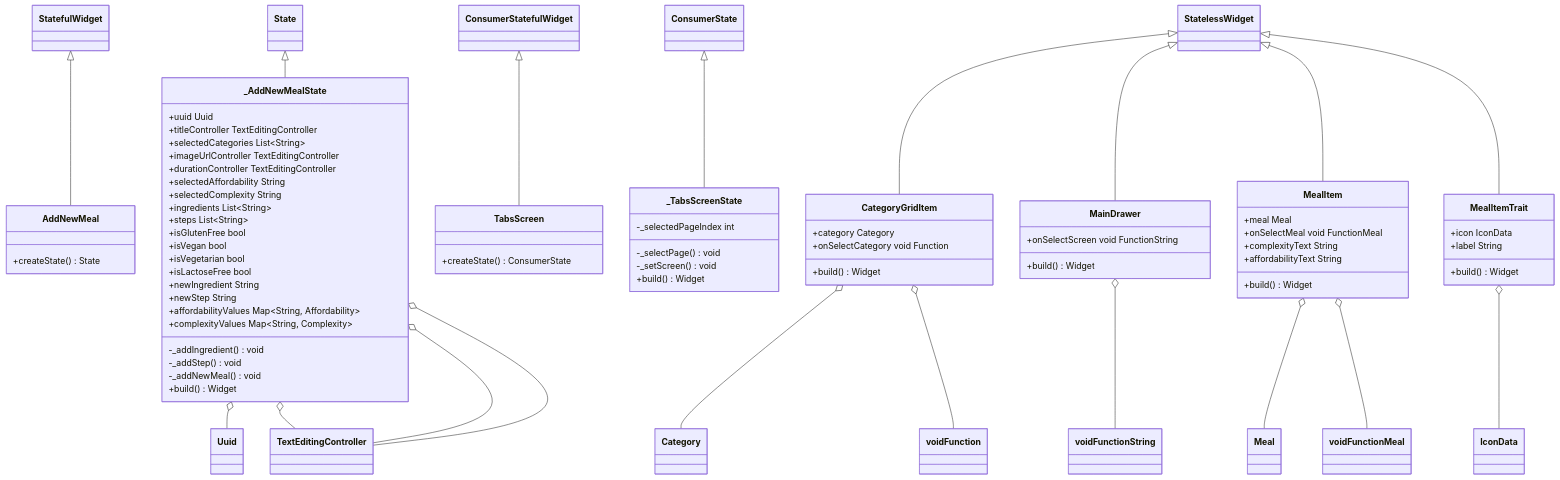
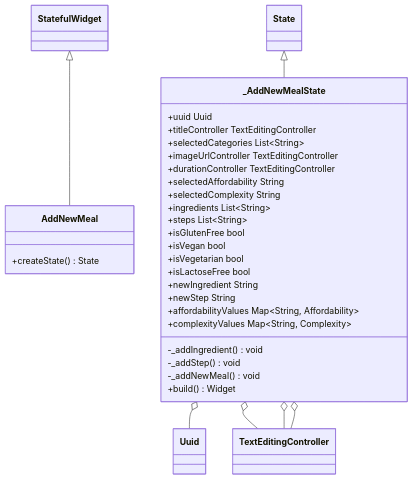
Before and after one commit to Dardnos/MealsApp: the third of 4 diagrams in README.md, drawn with Mermaid.

Commit message:
Updated Class Diagram

````diff
--- a/README.md
+++ b/README.md
@@ -251,76 +246,34 @@
 ```mermaid
 classDiagram
 class AddNewMeal
 AddNewMeal : +createState() State<AddNewMeal>
 StatefulWidget <|-- AddNewMeal
 
 class _AddNewMealState
 _AddNewMealState : +uuid Uuid
 _AddNewMealState o-- Uuid
 _AddNewMealState : +titleController TextEditingController
 _AddNewMealState o-- TextEditingController
 _AddNewMealState : +selectedCategories List~String~
 _AddNewMealState : +imageUrlController TextEditingController
 _AddNewMealState o-- TextEditingController
 _AddNewMealState : +durationController TextEditingController
 _AddNewMealState o-- TextEditingController
 _AddNewMealState : +selectedAffordability String
 _AddNewMealState : +selectedComplexity String
 _AddNewMealState : +ingredients List~String~
 _AddNewMealState : +steps List~String~
 _AddNewMealState : +isGlutenFree bool
 _AddNewMealState : +isVegan bool
 _AddNewMealState : +isVegetarian bool
 _AddNewMealState : +isLactoseFree bool
 _AddNewMealState : +newIngredient String
 _AddNewMealState : +newStep String
 _AddNewMealState : +affordabilityValues Map~String, Affordability~
 _AddNewMealState : +complexityValues Map~String, Complexity~
 _AddNewMealState : -_addIngredient() void
 _AddNewMealState : -_addStep() void
 _AddNewMealState : -_addNewMeal() void
 _AddNewMealState : +build() Widget
 State <|-- _AddNewMealState
-
-class TabsScreen
-TabsScreen : +createState() ConsumerState<TabsScreen>
-ConsumerStatefulWidget <|-- TabsScreen
-
-class _TabsScreenState
-_TabsScreenState : -_selectedPageIndex int
-_TabsScreenState : -_selectPage() void
-_TabsScreenState : -_setScreen() void
-_TabsScreenState : +build() Widget
-ConsumerState <|-- _TabsScreenState
-
-class CategoryGridItem
-CategoryGridItem : +category Category
-CategoryGridItem o-- Category
-CategoryGridItem : +onSelectCategory void Function
-CategoryGridItem o-- void Function
-CategoryGridItem : +build() Widget
-StatelessWidget <|-- CategoryGridItem
-
-class MainDrawer
-MainDrawer : +onSelectScreen void FunctionString
-MainDrawer o-- void FunctionString
-MainDrawer : +build() Widget
-StatelessWidget <|-- MainDrawer
-
-class MealItem
-MealItem : +meal Meal
-MealItem o-- Meal
-MealItem : +onSelectMeal void FunctionMeal
-MealItem o-- void FunctionMeal
-MealItem : +complexityText String
-MealItem : +affordabilityText String
-MealItem : +build() Widget
-StatelessWidget <|-- MealItem
-
-class MealItemTrait
-MealItemTrait : +icon IconData
-MealItemTrait o-- IconData
-MealItemTrait : +label String
-MealItemTrait : +build() Widget
-StatelessWidget <|-- MealItemTrait
 ```
````
